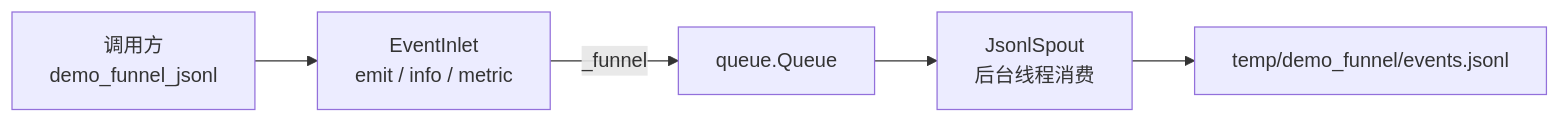
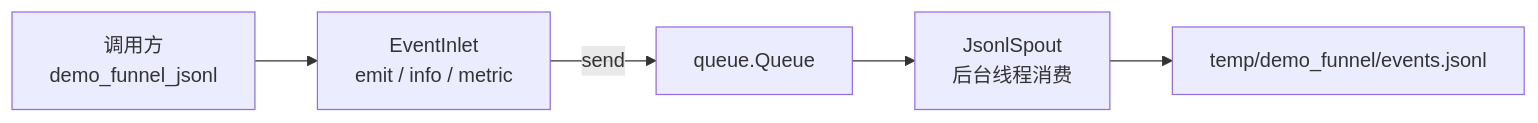
The diagram in docs/zh-CN/demo/demo_funnel.md (Mr-xiaotian/CelestialFlow), drawn with Mermaid before and after one commit. The commit also changed other lines of this file and 86 other files, not shown here.

````diff
--- a/docs/zh-CN/demo/demo_funnel.md
+++ b/docs/zh-CN/demo/demo_funnel.md
@@ -13,7 +13,7 @@
 ```mermaid
 flowchart LR
     Caller["调用方<br/>demo_funnel_jsonl"] --> Inlet["EventInlet<br/>emit / info / metric"]
-    Inlet -->|_funnel| Queue["queue.Queue"]
+    Inlet -->|send| Queue["queue.Queue"]
     Queue --> Spout["JsonlSpout<br/>后台线程消费"]
     Spout --> File["temp/demo_funnel/events.jsonl"]
 ```
````
